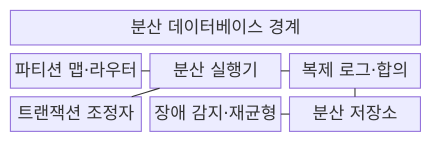
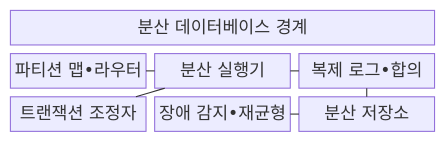
Before and after one commit to agnusdei1207/knowledge-base: the first of 2 diagrams in src/content/docs/notes/03-software/114_distributed_database.md, drawn with Mermaid. The commit also changed other lines of this file and 953 other files, not shown here.

````diff
--- a/src/content/docs/notes/03-software/114_distributed_database.md
+++ b/src/content/docs/notes/03-software/114_distributed_database.md
@@ -67,16 +67,16 @@
 ```mermaid
 block
   columns 3
   A["분산 데이터베이스 경계"]:3
-  R["파티션 맵·라우터"]
+  R["파티션 맵•라우터"]
   E["분산 실행기"]
-  L["복제 로그·합의"]
+  L["복제 로그•합의"]
   T["트랜잭션 조정자"]
-  B["장애 감지·재균형"]
+  B["장애 감지•재균형"]
   S["분산 저장소"]
   R --- E
   E --- L
   E --- T
   L --- S
   B --- S
 ```
````
